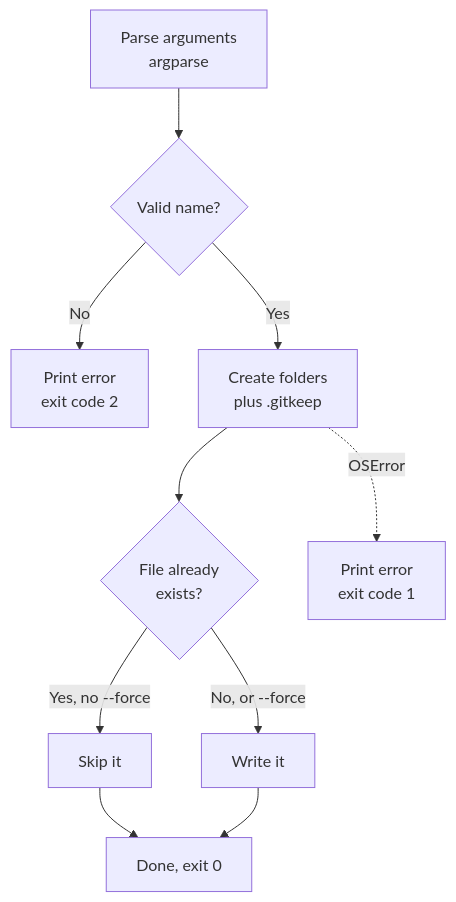
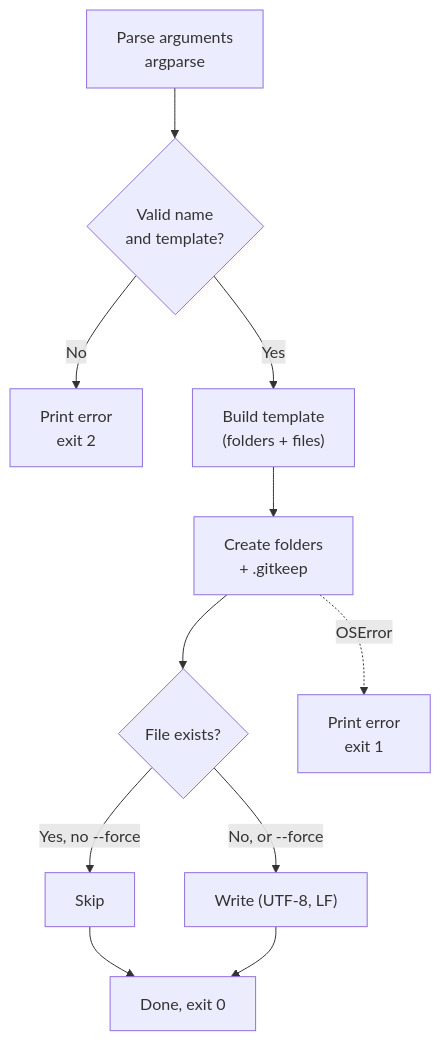
The diagram in README.md (JoshuaOmosa/DevScaffold), drawn with Mermaid before and after one commit. The commit also changed other lines of this file and 9 other files, not shown here.

````diff
--- a/README.md
+++ b/README.md
@@ -405,12 +120,13 @@
 ```mermaid
 flowchart TD
-    A["Parse arguments<br/>argparse"] --> B{"Valid name?"}
-    B -->|No| X["Print error<br/>exit code 2"]
-    B -->|Yes| C["Create folders<br/>plus .gitkeep"]
-    C --> D{"File already<br/>exists?"}
-    D -->|"Yes, no --force"| E["Skip it"]
-    D -->|"No, or --force"| F["Write it"]
-    E --> G["Done, exit 0"]
-    F --> G
-    C -.->|"OSError"| Y["Print error<br/>exit code 1"]
+    A["Parse arguments<br/>argparse"] --> B{"Valid name<br/>and template?"}
+    B -->|No| X["Print error<br/>exit 2"]
+    B -->|Yes| C["Build template<br/>(folders + files)"]
+    C --> D["Create folders<br/>+ .gitkeep"]
+    D --> E{"File exists?"}
+    E -->|"Yes, no --force"| F["Skip"]
+    E -->|"No, or --force"| G["Write (UTF-8, LF)"]
+    F --> H["Done, exit 0"]
+    G --> H
+    D -.->|OSError| Y["Print error<br/>exit 1"]
 ```
````
